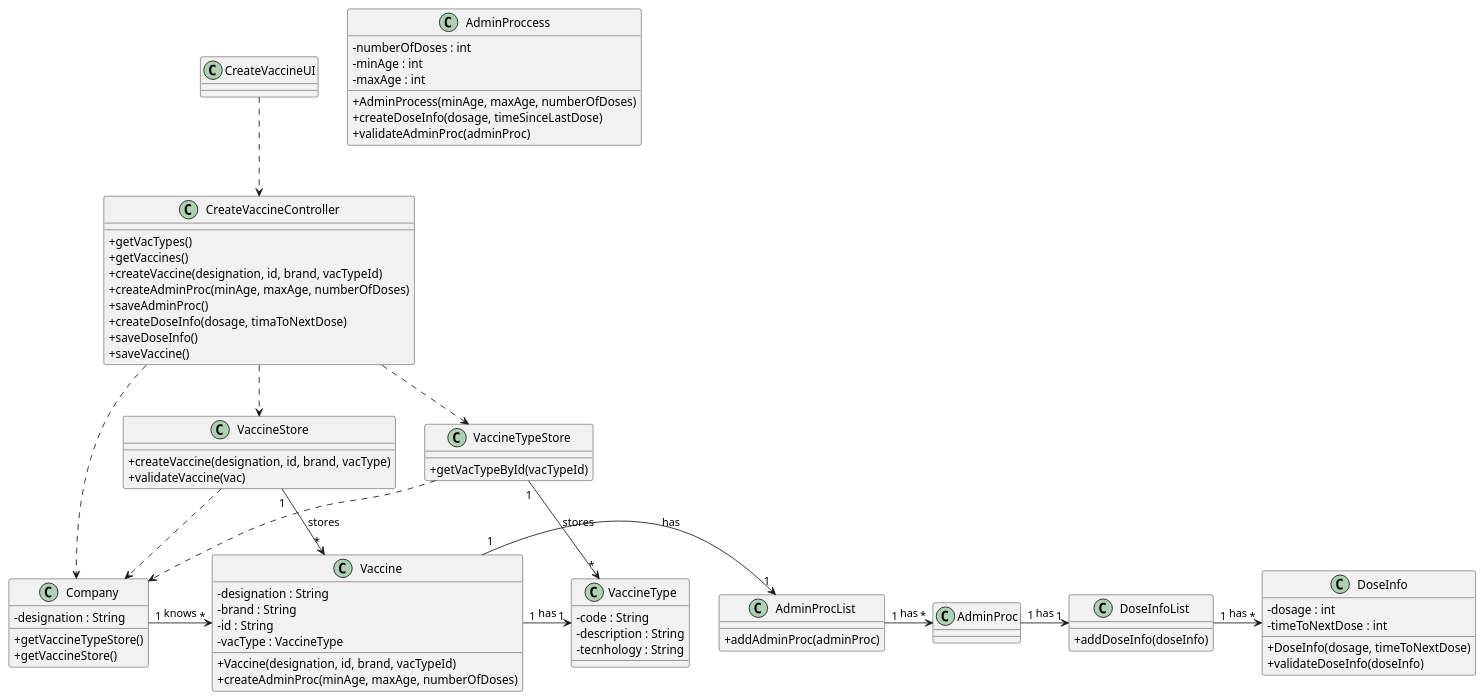
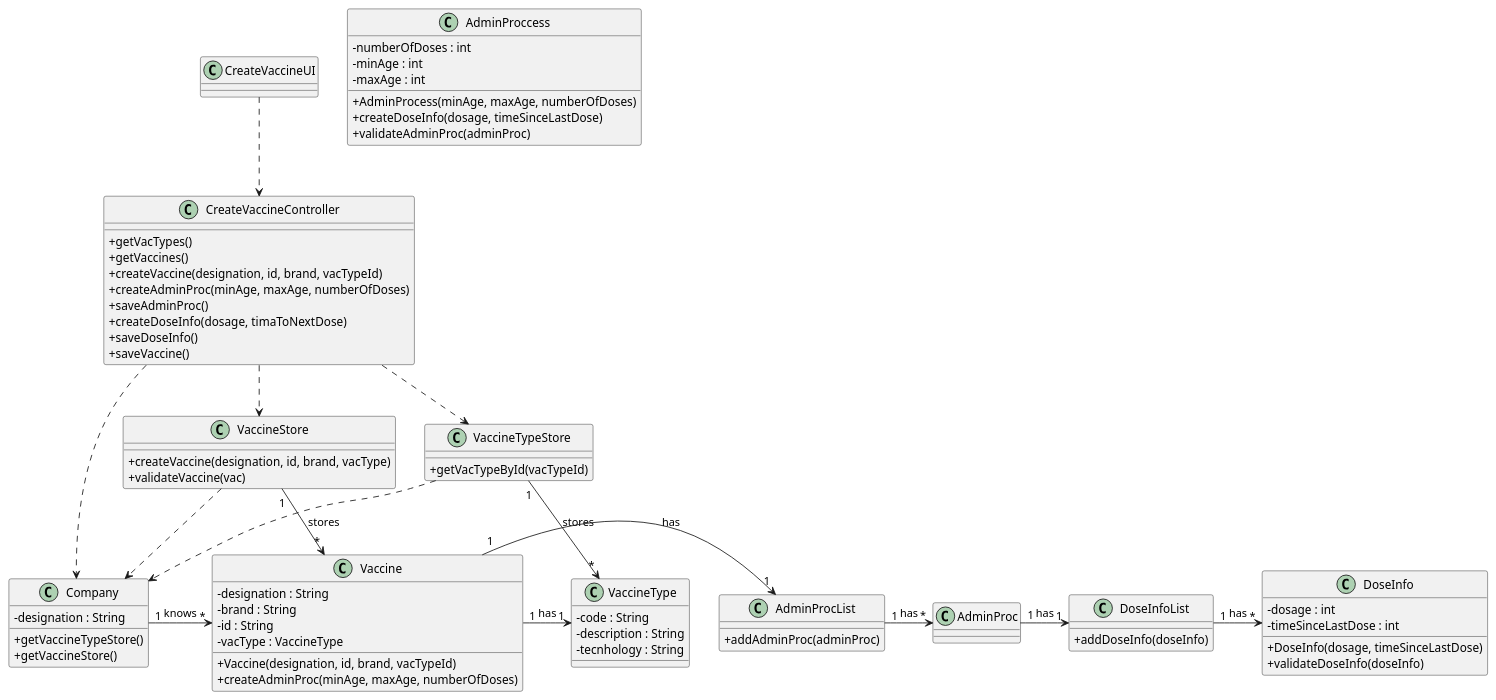
One commit to miseEnPlace-i/lapr2 changed the diagram in docs/SprintB/US13/CD/US13_CD.puml. Above: the diagram before and after it, drawn with PlantUML. The commit also changed 6 other files, not shown here.

```diff
--- a/docs/SprintB/US13/CD/US13_CD.puml
+++ b/docs/SprintB/US13/CD/US13_CD.puml
@@ -1,92 +1,92 @@
 @startuml
 skinparam classAttributeIconSize 0
 
 class CreateVaccineUI{
 
 }
 
 class CreateVaccineController{
     +getVacTypes()
     +getVaccines()
     +createVaccine(designation, id, brand, vacTypeId)
     +createAdminProc(minAge, maxAge, numberOfDoses)
     +saveAdminProc()
     +createDoseInfo(dosage, timaToNextDose)
     +saveDoseInfo()
     +saveVaccine()
 }
 
 class Company{
     -designation : String
 
     +getVaccineTypeStore()
     +getVaccineStore()
 }
 
 class VaccineTypeStore{
     +getVacTypeById(vacTypeId)
 }
 
 class VaccineStore{
     +createVaccine(designation, id, brand, vacType)
     +validateVaccine(vac)
 }
 
 class Vaccine{
     -designation : String
     -brand : String
     -id : String
     -vacType : VaccineType
 
     +Vaccine(designation, id, brand, vacTypeId)
     +createAdminProc(minAge, maxAge, numberOfDoses)
 }
 
 class VaccineType{
     -code : String
     -description : String
     -tecnhology : String
 }
 
 class AdminProccess{
     -numberOfDoses : int
     -minAge : int
     -maxAge : int
 
     +AdminProcess(minAge, maxAge, numberOfDoses)
     +createDoseInfo(dosage, timeSinceLastDose)
     +validateAdminProc(adminProc)
 }
 
 class AdminProcList{
     +addAdminProc(adminProc)
 }
 
 class DoseInfo{
     -dosage : int
-    -timeToNextDose : int
+    -timeSinceLastDose : int
 
-    +DoseInfo(dosage, timeToNextDose)
+    +DoseInfo(dosage, timeSinceLastDose)
     +validateDoseInfo(doseInfo)
 }
 
 class DoseInfoList{
     +addDoseInfo(doseInfo)
 }
 
 CreateVaccineUI ..> CreateVaccineController
 CreateVaccineController ..> VaccineStore
 CreateVaccineController ..> VaccineTypeStore
 CreateVaccineController ..> Company
 VaccineStore ..> Company
 VaccineStore "1" -> "*" Vaccine : stores
 VaccineTypeStore ..> Company
 VaccineTypeStore "1" -> "*" VaccineType : stores
 Company "1" -> "*" Vaccine : knows
 Vaccine "1" -> "1" AdminProcList : has
 Vaccine "1" -> "1" VaccineType : has
 AdminProcList "1" -> "*" AdminProc : has
 AdminProc "1" -> "1" DoseInfoList : has
 DoseInfoList "1" -> "*" DoseInfo : has
 
 @enduml
```
